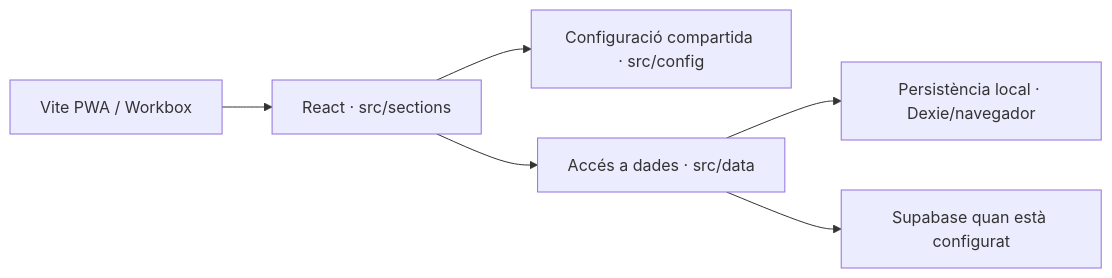
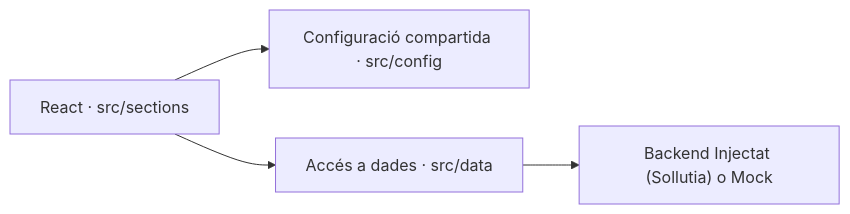
One commit to socdepoble/socdepoble.org changed the first of 2 diagrams in _wiki_de_poble/02_saber/00_arquitectura_tecnica_unificada.md. Above: the diagram before and after it, drawn with Mermaid. The commit also changed other lines of this file and 91 other files, not shown here.

````diff
--- a/_wiki_de_poble/02_saber/00_arquitectura_tecnica_unificada.md
+++ b/_wiki_de_poble/02_saber/00_arquitectura_tecnica_unificada.md
@@ -22,8 +22,6 @@
 ```mermaid
 flowchart LR
     UI["React · src/sections"] --> CFG["Configuració compartida · src/config"]
     UI --> DATA["Accés a dades · src/data"]
-    DATA --> LOCAL["Persistència local · Dexie/navegador"]
-    DATA --> REMOTE["Supabase quan està configurat"]
-    PWA["Vite PWA / Workbox"] --> UI
+    DATA --> REMOTE["Backend Injectat (Sollutia) o Mock"]
 ```
````
